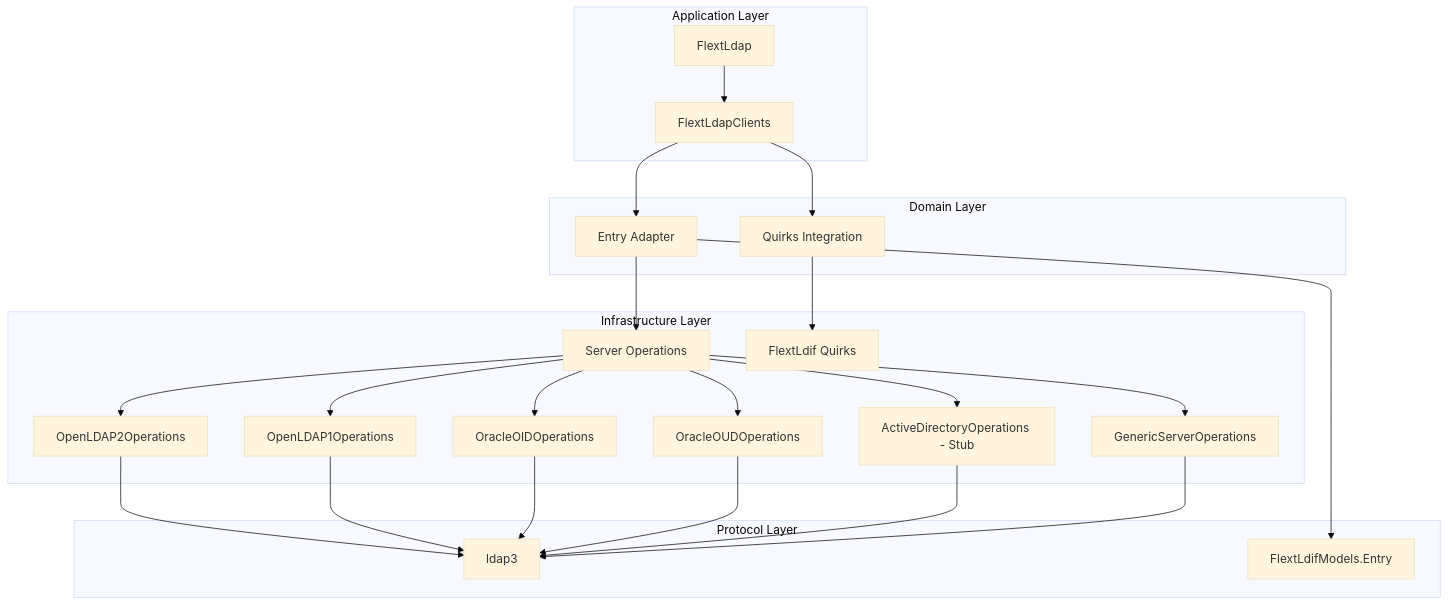
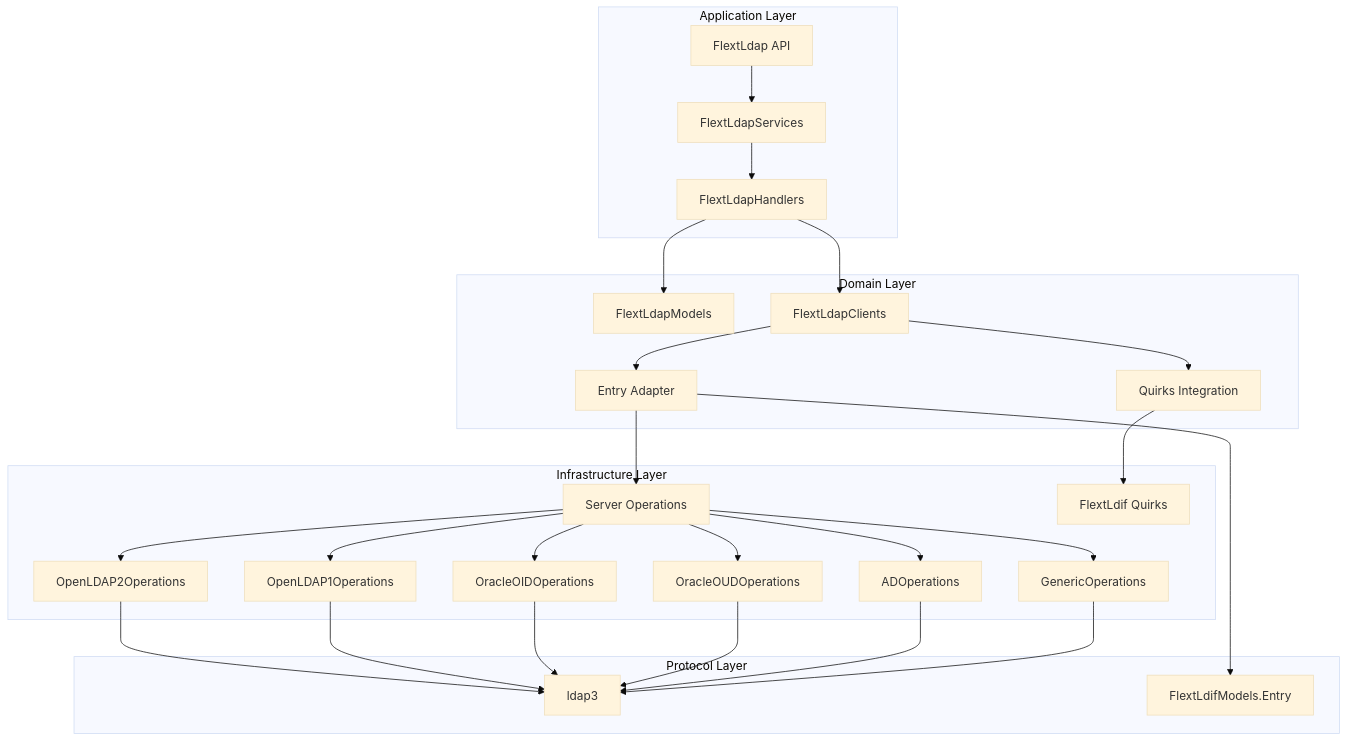
One commit to flext-sh/flext-ldap changed the diagram in README.md. Above: the diagram before and after it, drawn with Mermaid (base theme). The commit also changed other lines of this file and 35 other files, not shown here.

````diff
--- a/README.md
+++ b/README.md
@@ -68,32 +168,35 @@
 ```mermaid
 graph TB
     subgraph "Application Layer"
-        A[FlextLdap] --> B[FlextLdapClients]
+        A[FlextLdap API] --> B[FlextLdapServices]
+        B --> C[FlextLdapHandlers]
     end
 
     subgraph "Domain Layer"
-        B --> C[Entry Adapter]
-        B --> D[Quirks Integration]
+        C --> D[FlextLdapModels]
+        C --> E[FlextLdapClients]
+        E --> F[Entry Adapter]
+        E --> G[Quirks Integration]
     end
 
     subgraph "Infrastructure Layer"
-        C --> E[Server Operations]
-        D --> F[FlextLdif Quirks]
-        E --> G[OpenLDAP2Operations]
-        E --> H[OpenLDAP1Operations]
-        E --> I[OracleOIDOperations]
-        E --> J[OracleOUDOperations]
-        E --> K[ActiveDirectoryOperations - Stub]
-        E --> L[GenericServerOperations]
+        F --> H[Server Operations]
+        G --> I[FlextLdif Quirks]
+        H --> J[OpenLDAP2Operations]
+        H --> K[OpenLDAP1Operations]
+        H --> L[OracleOIDOperations]
+        H --> M[OracleOUDOperations]
+        H --> N[ADOperations]
+        H --> O[GenericOperations]
     end
 
     subgraph "Protocol Layer"
-        G --> M[ldap3]
-        H --> M
-        I --> M
-        J --> M
-        K --> M
-        L --> M
-        C --> N[FlextLdifModels.Entry]
+        J --> P[ldap3]
+        K --> P
+        L --> P
+        M --> P
+        N --> P
+        O --> P
+        F --> Q[FlextLdifModels.Entry]
     end
 ```
````
